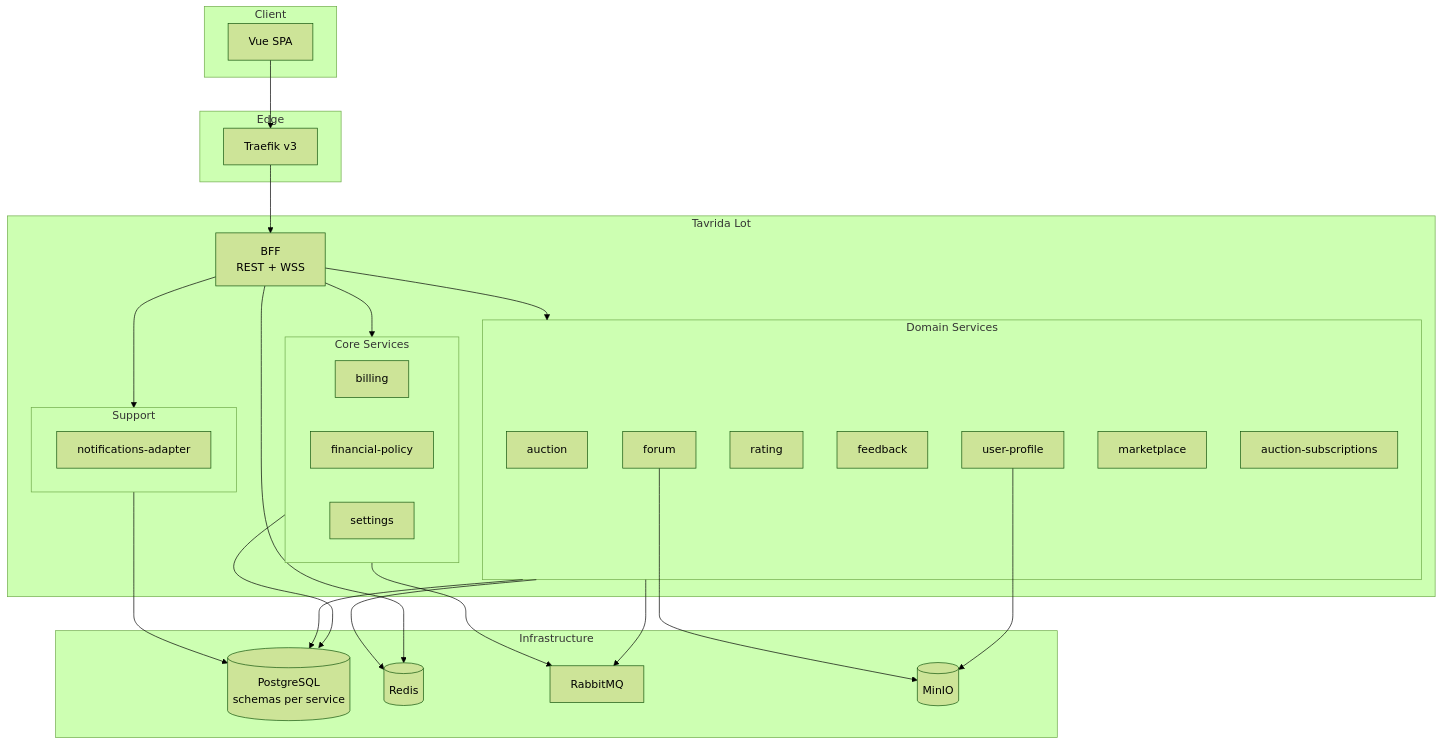
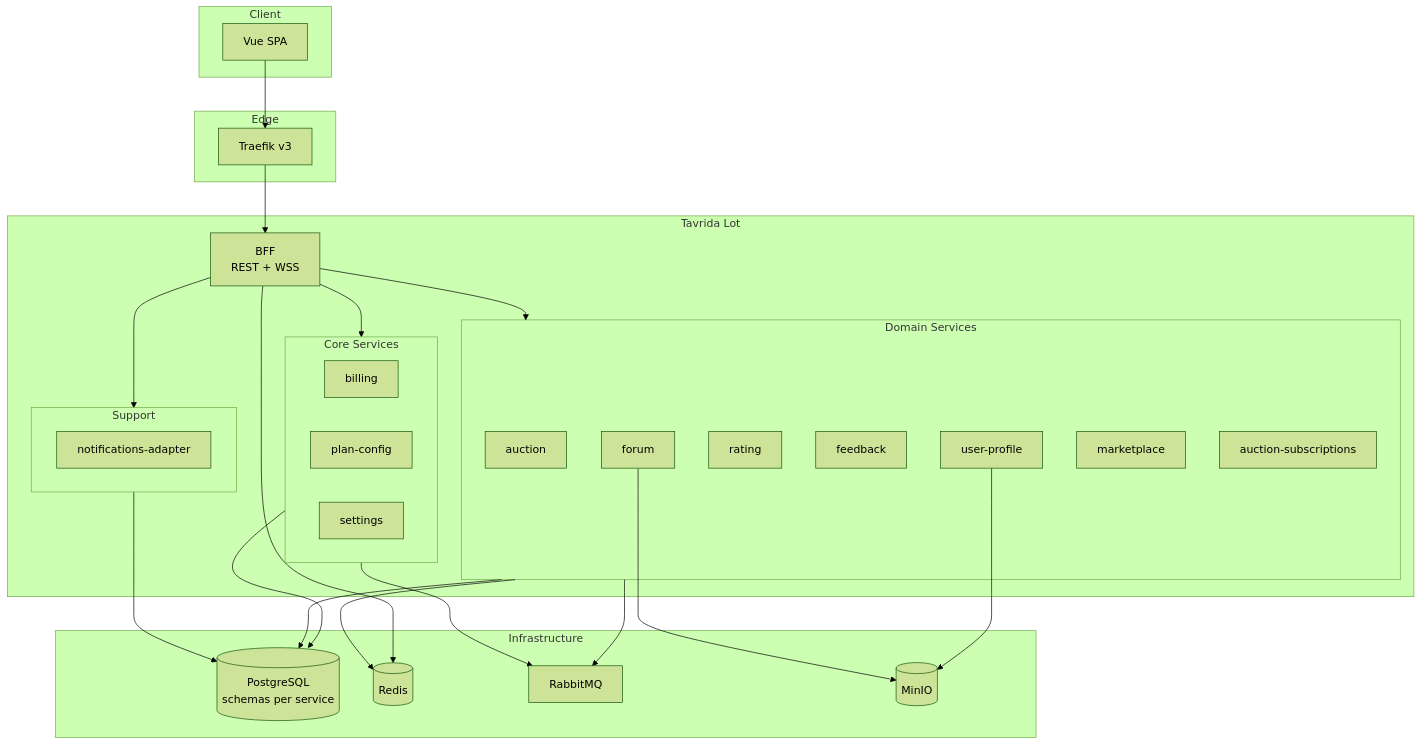
The second of 4 diagrams in docs/03-architecture/README.md (andrewb76/tavrida), drawn with Mermaid (forest theme) before and after one commit. The commit also changed other lines of this file and 86 other files, not shown here.

First line of the commit message:
docs(config): align on plan-config/scalar-config and semantic plan keys.

````diff
--- a/docs/03-architecture/README.md
+++ b/docs/03-architecture/README.md
@@ -35,55 +35,55 @@
 ```mermaid
 flowchart TB
     subgraph client [Client]
         Vue[Vue SPA]
     end
 
     subgraph edge [Edge]
         Traefik[Traefik v3]
     end
 
     subgraph platform [Tavrida Lot]
         BFF[BFF\nREST + WSS]
         subgraph core [Core Services]
             billing
-            fp[financial-policy]
+            fp[plan-config]
             settings
         end
         subgraph domain [Domain Services]
             auction
             forum
             rating
             feedback
             profile[user-profile]
             marketplace
             subs[auction-subscriptions]
         end
         subgraph support [Support]
             notif[notifications-adapter]
         end
     end
 
     subgraph infra [Infrastructure]
         PG[(PostgreSQL\nschemas per service)]
         Redis[(Redis)]
         RMQ[RabbitMQ]
         MinIO[(MinIO)]
     end
 
     Vue --> Traefik
     Traefik --> BFF
     BFF --> core
     BFF --> domain
     BFF --> support
 
     core --> PG
     domain --> PG
     support --> PG
 
     domain --> RMQ
     core --> RMQ
     BFF --> Redis
     domain --> Redis
     profile --> MinIO
     forum --> MinIO
 ```
````
